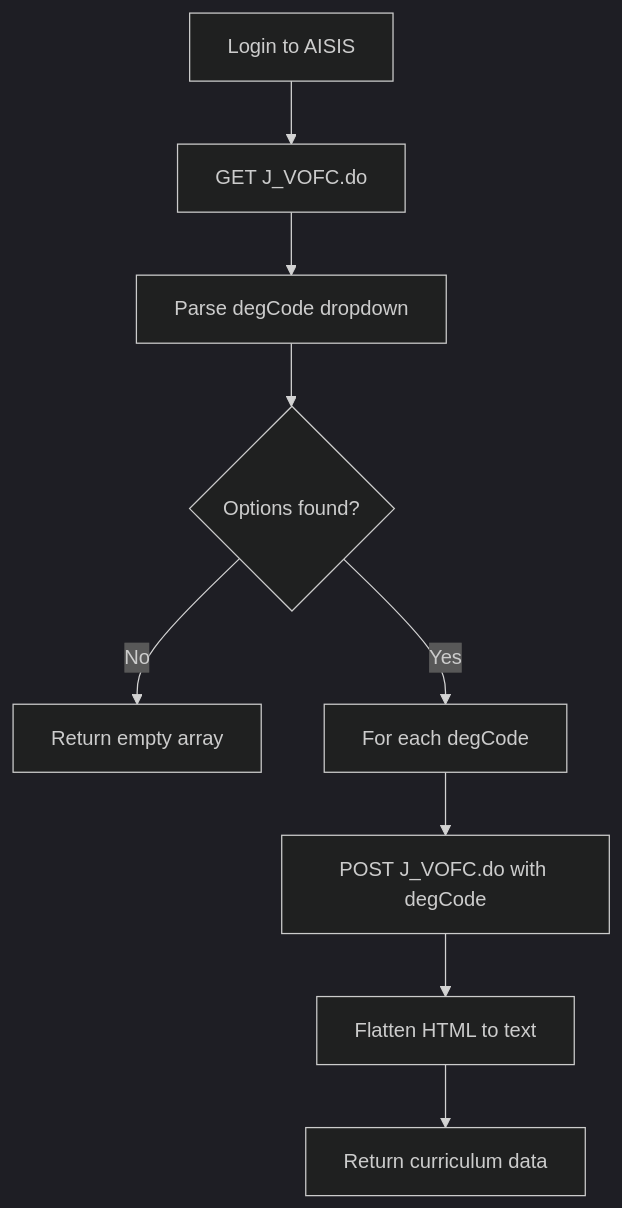
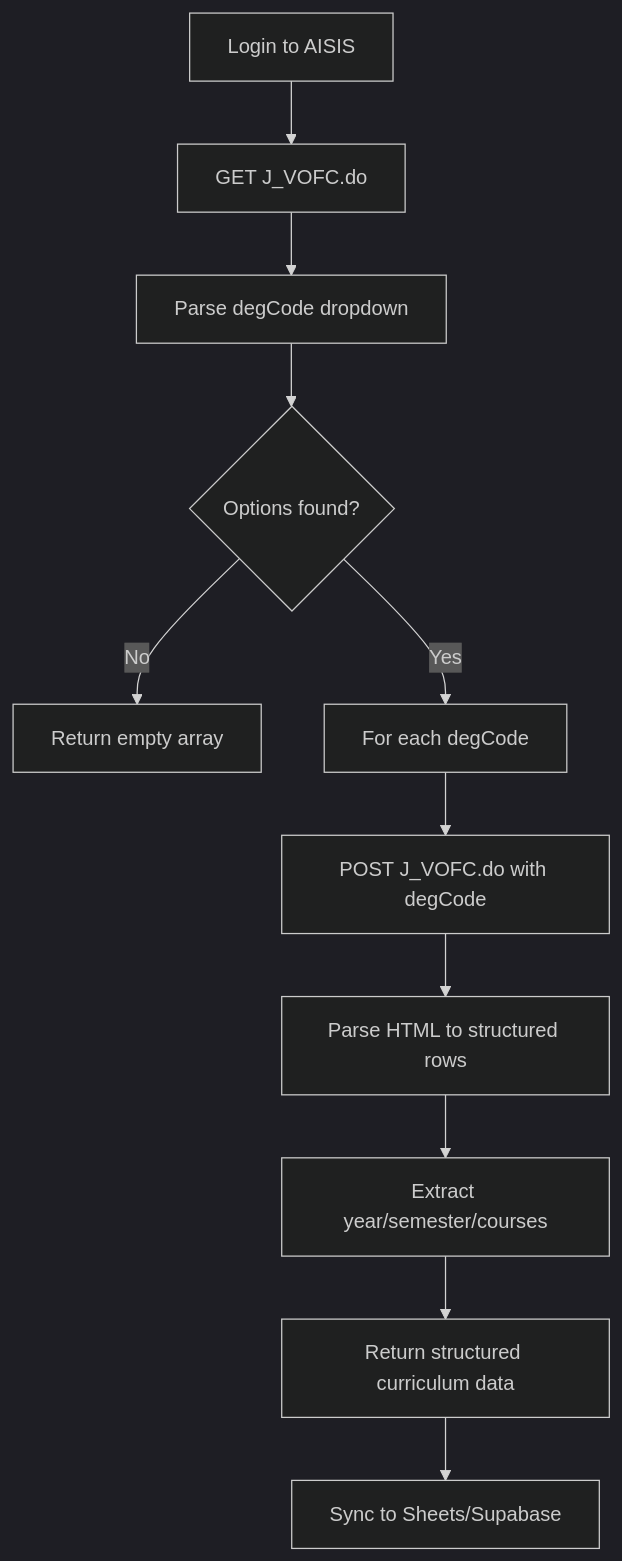
The diagram in docs/CURRICULUM_LIMITATION.md (CelestialBrain/aisis-scraper), drawn with Mermaid (dark theme) before and after one commit. The commit also changed other lines of this file, not shown here.

````diff
--- a/docs/CURRICULUM_LIMITATION.md
+++ b/docs/CURRICULUM_LIMITATION.md
@@ -35,11 +37,13 @@
 ```mermaid
 graph TD
     A[Login to AISIS] --> B[GET J_VOFC.do]
     B --> C[Parse degCode dropdown]
     C --> D{Options found?}
     D -->|No| E[Return empty array]
     D -->|Yes| F[For each degCode]
     F --> G[POST J_VOFC.do with degCode]
-    G --> H[Flatten HTML to text]
-    H --> I[Return curriculum data]
+    G --> H[Parse HTML to structured rows]
+    H --> I[Extract year/semester/courses]
+    I --> J[Return structured curriculum data]
+    J --> K[Sync to Sheets/Supabase]
 ```
````
